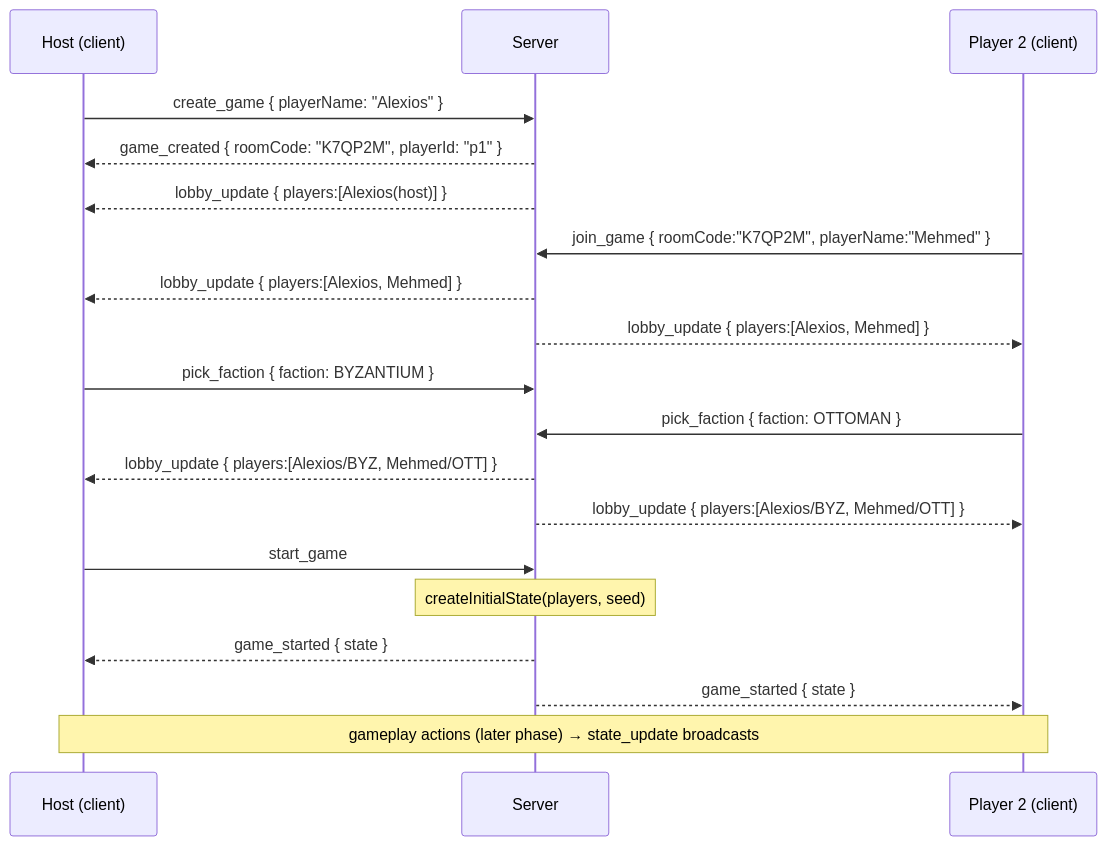
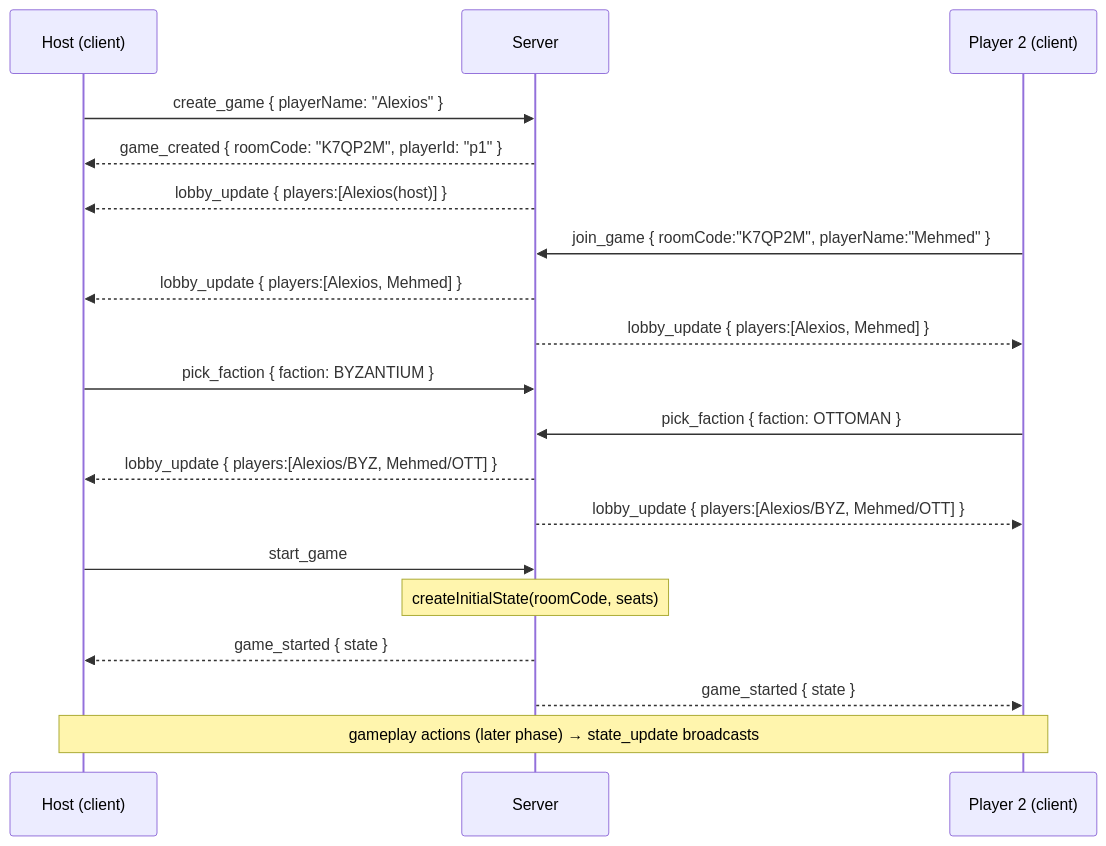
One commit to thejacobgerstenberg/War-Game changed the diagram in docs/ARCHITECTURE.md. Above: the diagram before and after it, drawn with Mermaid. The commit also changed other lines of this file and 5 other files, not shown here.

````diff
--- a/docs/ARCHITECTURE.md
+++ b/docs/ARCHITECTURE.md
@@ -325,26 +328,26 @@
 ```mermaid
 sequenceDiagram
     participant H as Host (client)
     participant S as Server
     participant P as Player 2 (client)
 
     H->>S: create_game { playerName: "Alexios" }
     S-->>H: game_created { roomCode: "K7QP2M", playerId: "p1" }
     S-->>H: lobby_update { players:[Alexios(host)] }
 
     P->>S: join_game { roomCode:"K7QP2M", playerName:"Mehmed" }
     S-->>H: lobby_update { players:[Alexios, Mehmed] }
     S-->>P: lobby_update { players:[Alexios, Mehmed] }
 
     H->>S: pick_faction { faction: BYZANTIUM }
     P->>S: pick_faction { faction: OTTOMAN }
     S-->>H: lobby_update { players:[Alexios/BYZ, Mehmed/OTT] }
     S-->>P: lobby_update { players:[Alexios/BYZ, Mehmed/OTT] }
 
     H->>S: start_game
-    Note over S: createInitialState(players, seed)
+    Note over S: createInitialState(roomCode, seats)
     S-->>H: game_started { state }
     S-->>P: game_started { state }
 
     Note over H,P: gameplay actions (later phase) → state_update broadcasts
 ```
````
